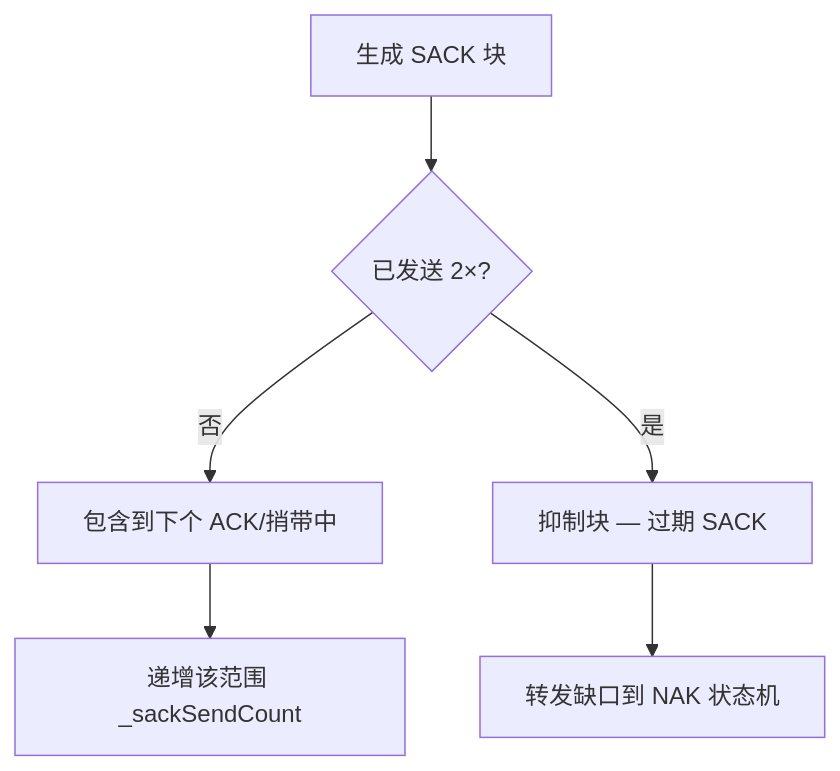
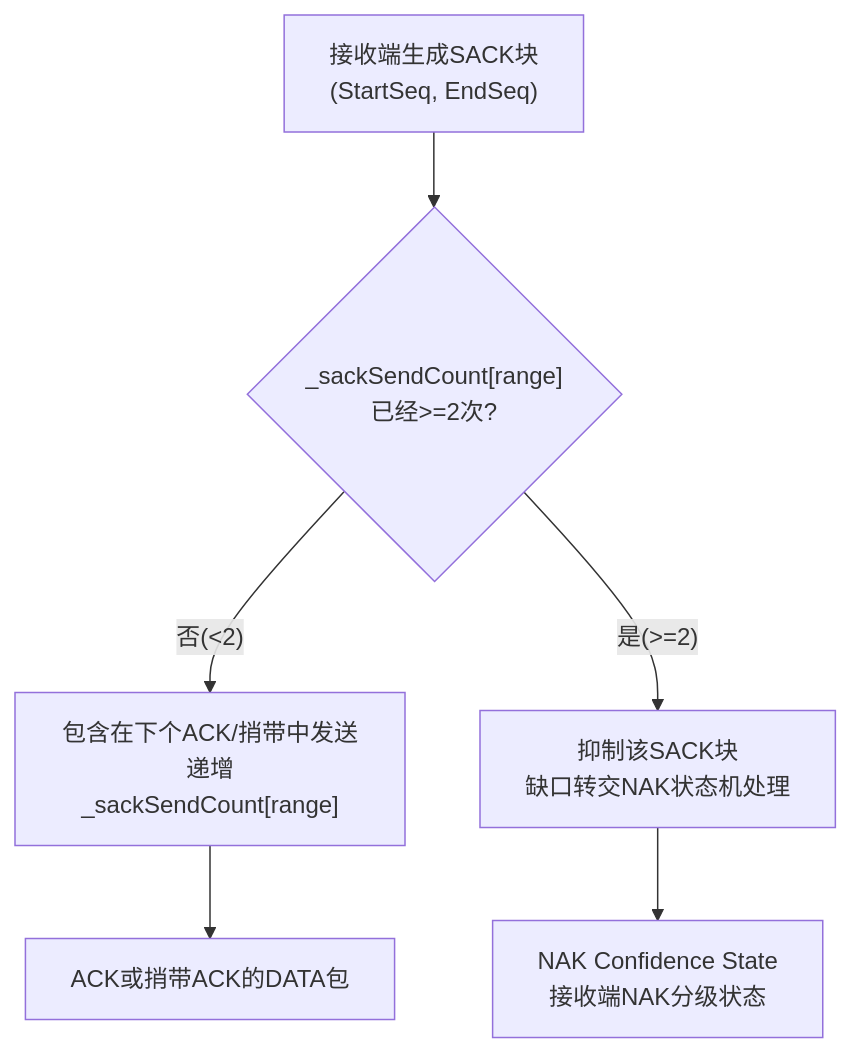
Before and after one commit to liulilittle/ucp: the third of 9 diagrams in docs/protocol_CN.md, drawn with Mermaid. The commit also changed other lines of this file and 43 other files, not shown here.

````diff
--- a/docs/protocol_CN.md
+++ b/docs/protocol_CN.md
@@ -139,8 +148,8 @@
 ```mermaid
 flowchart TD
-    SackBlock[生成 SACK 块] --> Check{已发送 2×?}
-    Check -->|否| Send[包含到下个 ACK/捎带中]
-    Check -->|是| Suppress[抑制块 — 过期 SACK]
-    Send --> Increment[递增该范围 _sackSendCount]
-    Suppress --> Forward[转发缺口到 NAK 状态机]
+    SackBlock["接收端生成SACK块<br/>(StartSeq, EndSeq)"] --> Check{"_sackSendCount[range]<br/>已经>=2次?"}
+    Check -->|"否(<2)"| Send["包含在下个ACK/捎带中发送<br/>递增_sackSendCount[range]"]
+    Check -->|"是(>=2)"| Suppress["抑制该SACK块<br/>缺口转交NAK状态机处理"]
+    Send --> AckPkt["ACK或捎带ACK的DATA包"]
+    Suppress --> NakMachine["NAK Confidence State<br/>接收端NAK分级状态"]
 ```
````
